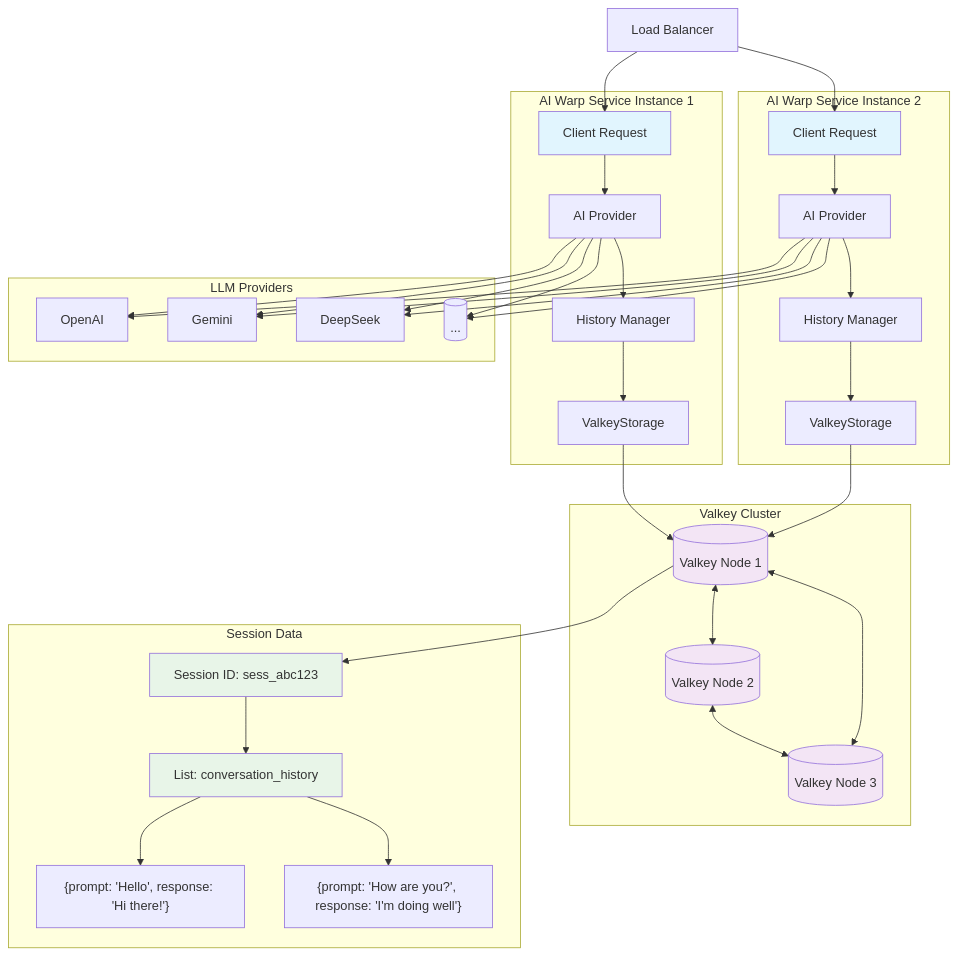
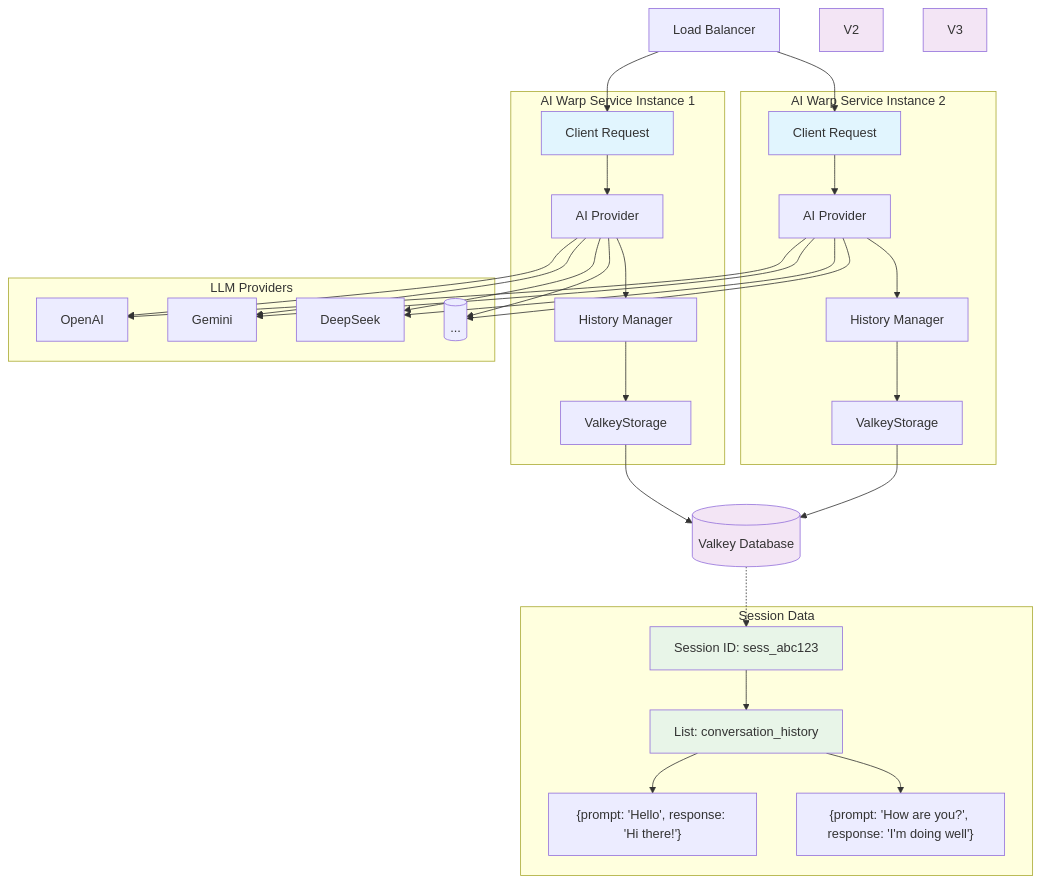
One commit to platformatic/ai-warp changed the diagram in BLOG.md. Above: the diagram before and after it, drawn with Mermaid.

Commit message:
Simplify Valkey architecture to single database
Remove cluster concept and use single Valkey Database with dotted connection to Session Data.

🤖 Generated with [Claude Code](https://claude.ai/code)

````diff
--- a/BLOG.md
+++ b/BLOG.md
@@ -91,65 +91,58 @@
 ```mermaid
 graph TB
     LB[Load Balancer] --> A1
     LB --> A2
     
     subgraph "AI Warp Service Instance 1"
         A1[Client Request] --> B1[AI Provider]
         B1 --> C1[History Manager]
         C1 --> D1[ValkeyStorage]
     end
     
     subgraph "AI Warp Service Instance 2"
         A2[Client Request] --> B2[AI Provider]
         B2 --> C2[History Manager]
         C2 --> D2[ValkeyStorage]
     end
     
     subgraph "LLM Providers"
         OpenAI[OpenAI]
         Gemini[Gemini]
         DeepSeek[DeepSeek]
         Others[(...)]
     end
     
     B1 --> OpenAI
     B1 --> Gemini
     B1 --> DeepSeek
     B1 --> Others
     B2 --> OpenAI
     B2 --> Gemini
     B2 --> DeepSeek
     B2 --> Others
     
-    subgraph "Valkey Cluster"
-        V1[(Valkey Node 1)]
-        V2[(Valkey Node 2)]
-        V3[(Valkey Node 3)]
-    end
+    V1[(Valkey Database)]
     
     D1 --> V1
     D2 --> V1
-    V1 <--> V2
-    V2 <--> V3
-    V3 <--> V1
     
     subgraph "Session Data"
         S1[Session ID: sess_abc123]
         S2[List: conversation_history]
         S3["{prompt: 'Hello', response: 'Hi there!'}"]
         S4["{prompt: 'How are you?', response: 'I'm doing well'}"]
     end
     
-    V1 --> S1
+    V1 -.-> S1
     S1 --> S2
     S2 --> S3
     S2 --> S4
     
     style A1 fill:#e1f5fe
     style A2 fill:#e1f5fe
     style V1 fill:#f3e5f5
     style V2 fill:#f3e5f5
     style V3 fill:#f3e5f5
     style S1 fill:#e8f5e8
     style S2 fill:#e8f5e8
 ```
````
